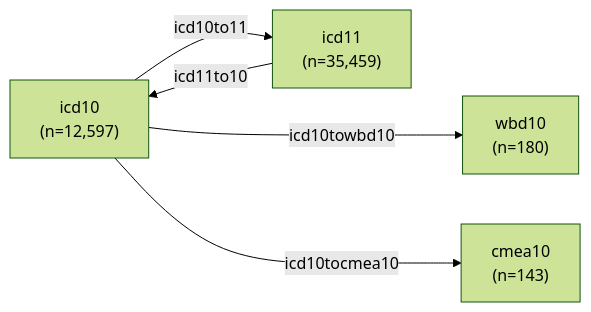
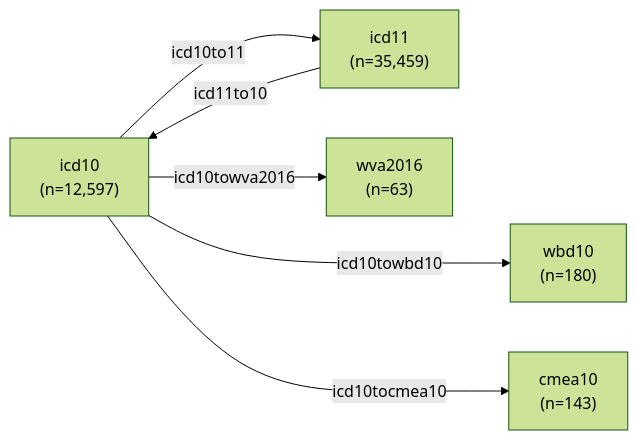
Before and after one commit to cghr-toronto/icd: the diagram in data/README.md, drawn with Mermaid (forest theme). The commit also changed other lines of this file and 17 other files, not shown here.

````diff
--- a/data/README.md
+++ b/data/README.md
@@ -10,13 +10,15 @@
 ```mermaid
 flowchart LR;
 
 cmea10["cmea10<br>(n=143)"]
 wbd10["wbd10<br>(n=180)"]
 icd10["icd10<br>(n=12,597)"]
 icd11["icd11<br>(n=35,459)"]
+wva2016["wva2016<br>(n=63)"]
 
 icd10 --> |icd10to11| icd11
 icd11 --> |icd11to10| icd10
 icd10 ---> |icd10towbd10| wbd10
 icd10 ---> |icd10tocmea10| cmea10
+icd10 --> |icd10towva2016| wva2016
 ```
````
